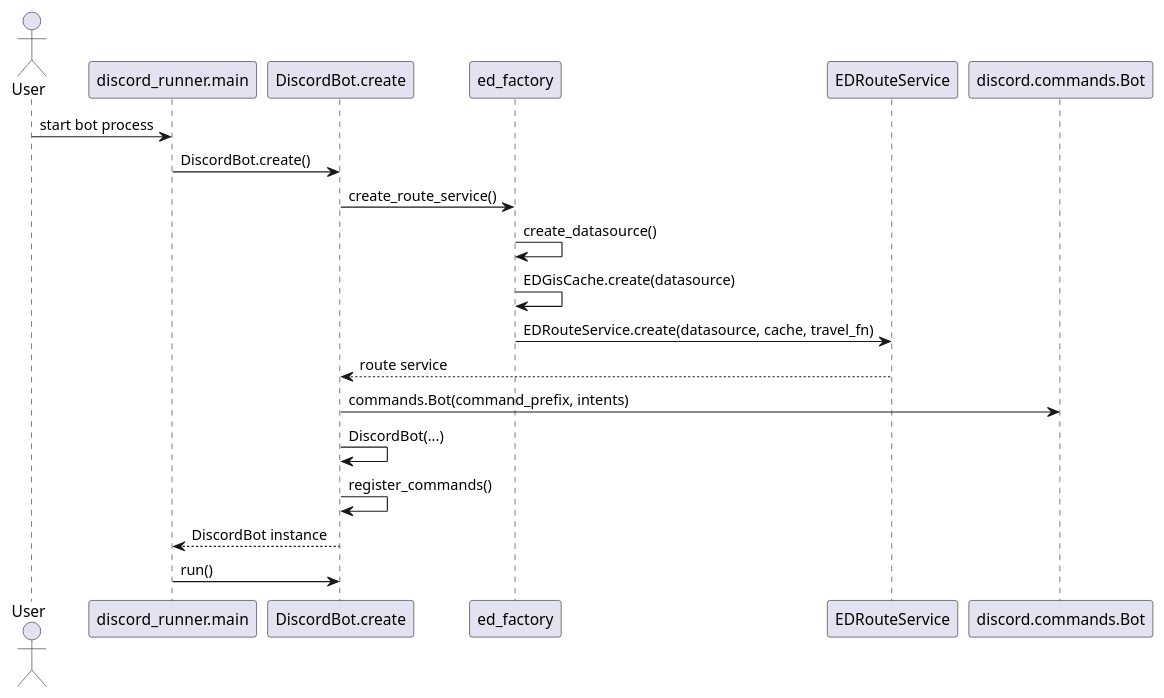
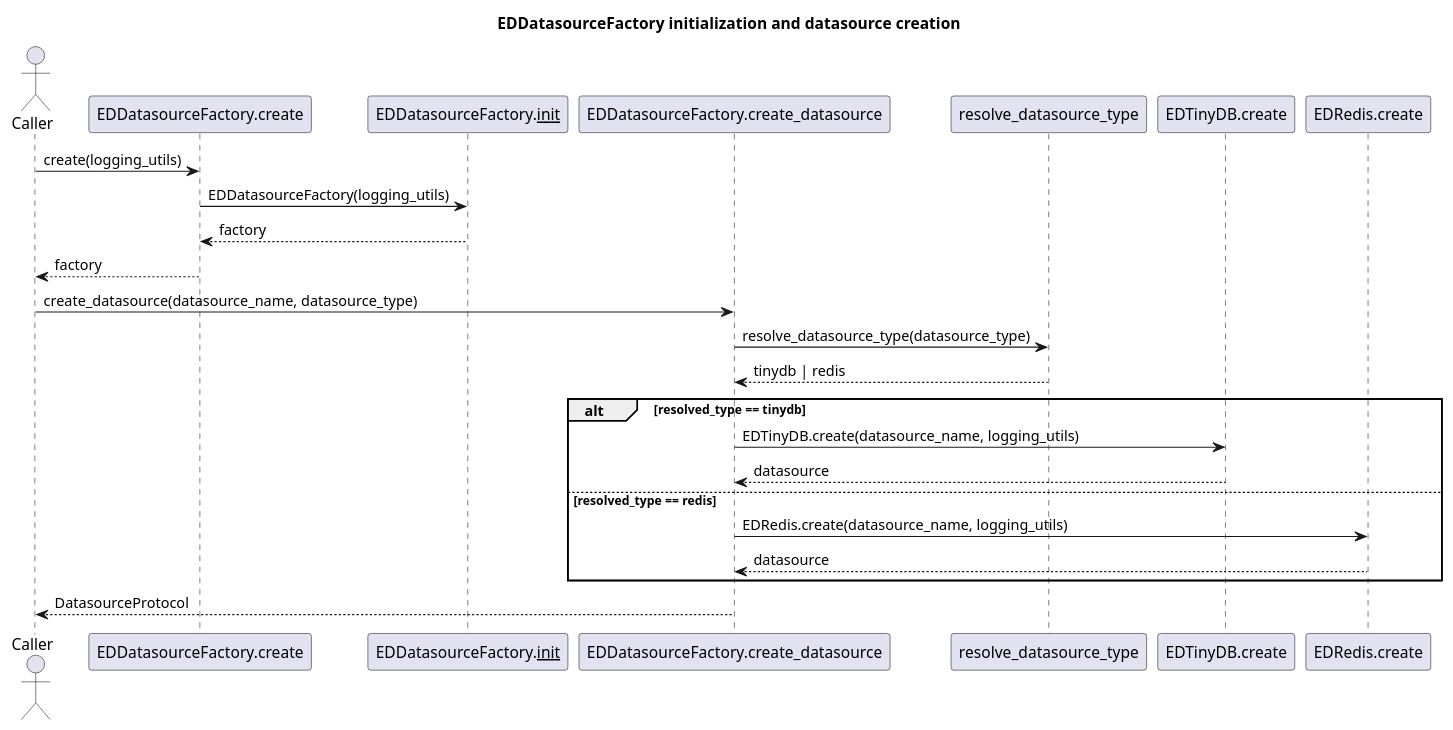
Before and after one commit to fazleskhan/elite_dangerous_discord_tools: the second of 5 diagrams in docs/initialization_sequence_diagrams.puml, drawn with PlantUML. The commit also changed other lines of this file and 73 other files, not shown here.

Commit message:
updated diagrams, readme, code comments and blacked source

```diff
--- a/docs/initialization_sequence_diagrams.puml
+++ b/docs/initialization_sequence_diagrams.puml
@@ -1,21 +23,30 @@
-@startuml discord_bot_initialization
-actor User
-participant "discord_runner.main" as Runner
-participant "DiscordBot.create" as BotCreate
-participant "ed_factory" as Factory
-participant "EDRouteService" as Route
-participant "discord.commands.Bot" as DiscordBotRuntime
+@startuml ed_datasource_factory_initialization
+title EDDatasourceFactory initialization and datasource creation
 
-User -> Runner : start bot process
-Runner -> BotCreate : DiscordBot.create()
-BotCreate -> Factory : create_route_service()
-Factory -> Factory : create_datasource()
-Factory -> Factory : EDGisCache.create(datasource)
-Factory -> Route : EDRouteService.create(datasource, cache, travel_fn)
-Route --> BotCreate : route service
-BotCreate -> DiscordBotRuntime : commands.Bot(command_prefix, intents)
-BotCreate -> BotCreate : DiscordBot(...)
-BotCreate -> BotCreate : register_commands()
-BotCreate --> Runner : DiscordBot instance
-Runner -> BotCreate : run()
+actor Caller
+participant "EDDatasourceFactory.create" as FactoryCreate
+participant "EDDatasourceFactory.__init__" as FactoryInit
+participant "EDDatasourceFactory.create_datasource" as CreateDatasource
+participant "resolve_datasource_type" as ResolveType
+participant "EDTinyDB.create" as TinyCreate
+participant "EDRedis.create" as RedisCreate
+
+Caller -> FactoryCreate : create(logging_utils)
+FactoryCreate -> FactoryInit : EDDatasourceFactory(logging_utils)
+FactoryInit --> FactoryCreate : factory
+FactoryCreate --> Caller : factory
+
+Caller -> CreateDatasource : create_datasource(datasource_name, datasource_type)
+CreateDatasource -> ResolveType : resolve_datasource_type(datasource_type)
+ResolveType --> CreateDatasource : tinydb | redis
+
+alt resolved_type == tinydb
+  CreateDatasource -> TinyCreate : EDTinyDB.create(datasource_name, logging_utils)
+  TinyCreate --> CreateDatasource : datasource
+else resolved_type == redis
+  CreateDatasource -> RedisCreate : EDRedis.create(datasource_name, logging_utils)
+  RedisCreate --> CreateDatasource : datasource
+end
+
+CreateDatasource --> Caller : DatasourceProtocol
 @enduml
```
